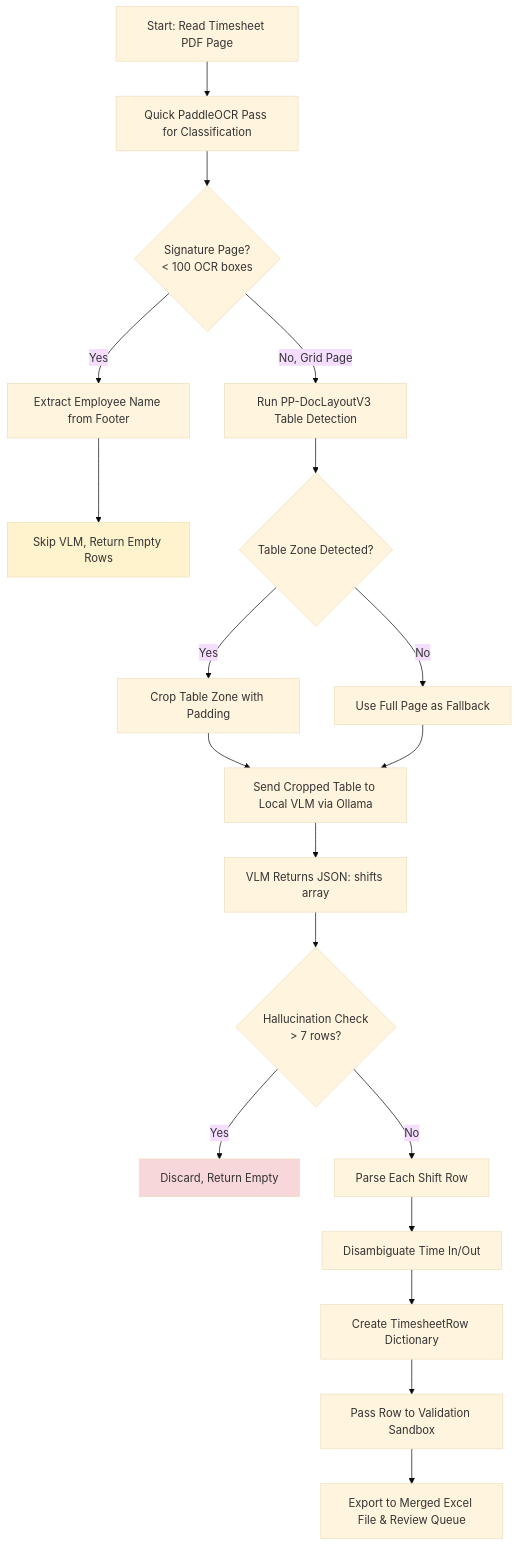
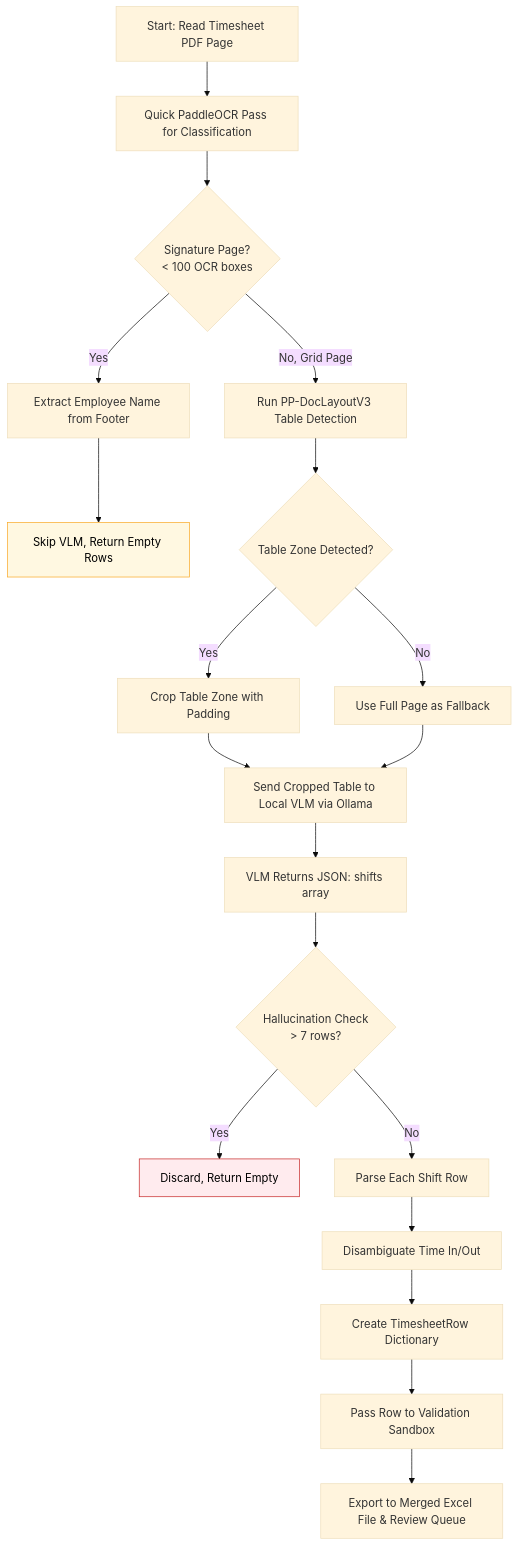
Before and after one commit to mohitagr18/timesheet-ocr: the diagram in workflows/layout_guided_vlm_local_flow.md, drawn with Mermaid (base theme). The commit also changed 3 other files, not shown here.

````diff
--- a/workflows/layout_guided_vlm_local_flow.md
+++ b/workflows/layout_guided_vlm_local_flow.md
@@ -13,32 +13,32 @@
 ```mermaid
 graph TD
     A[Start: Read Timesheet PDF Page] --> B[Quick PaddleOCR Pass for Classification]
     B --> C{Signature Page?\n< 100 OCR boxes}
     
     C -->|Yes| D[Extract Employee Name from Footer]
     D --> E[Skip VLM, Return Empty Rows]
     
     C -->|No, Grid Page| F[Run PP-DocLayoutV3 Table Detection]
     F --> G{Table Zone Detected?}
     
     G -->|Yes| H[Crop Table Zone with Padding]
     G -->|No| I[Use Full Page as Fallback]
     
     H --> J[Send Cropped Table to Local VLM via Ollama]
     I --> J
     
     J --> K[VLM Returns JSON: shifts array]
     K --> L{Hallucination Check\n> 7 rows?}
     
     L -->|Yes| M[Discard, Return Empty]
     L -->|No| N[Parse Each Shift Row]
     
     N --> O[Disambiguate Time In/Out]
     O --> P[Create TimesheetRow Dictionary]
     
     P --> Q[Pass Row to Validation Sandbox]
     Q --> R[Export to Merged Excel File & Review Queue]
     
-    style E fill:#fff3cd
-    style M fill:#f8d7da
+    style E fill:#fff8e1,stroke:#f9a825,color:#000
+    style M fill:#ffebee,stroke:#c62828,color:#000
 ```
````
